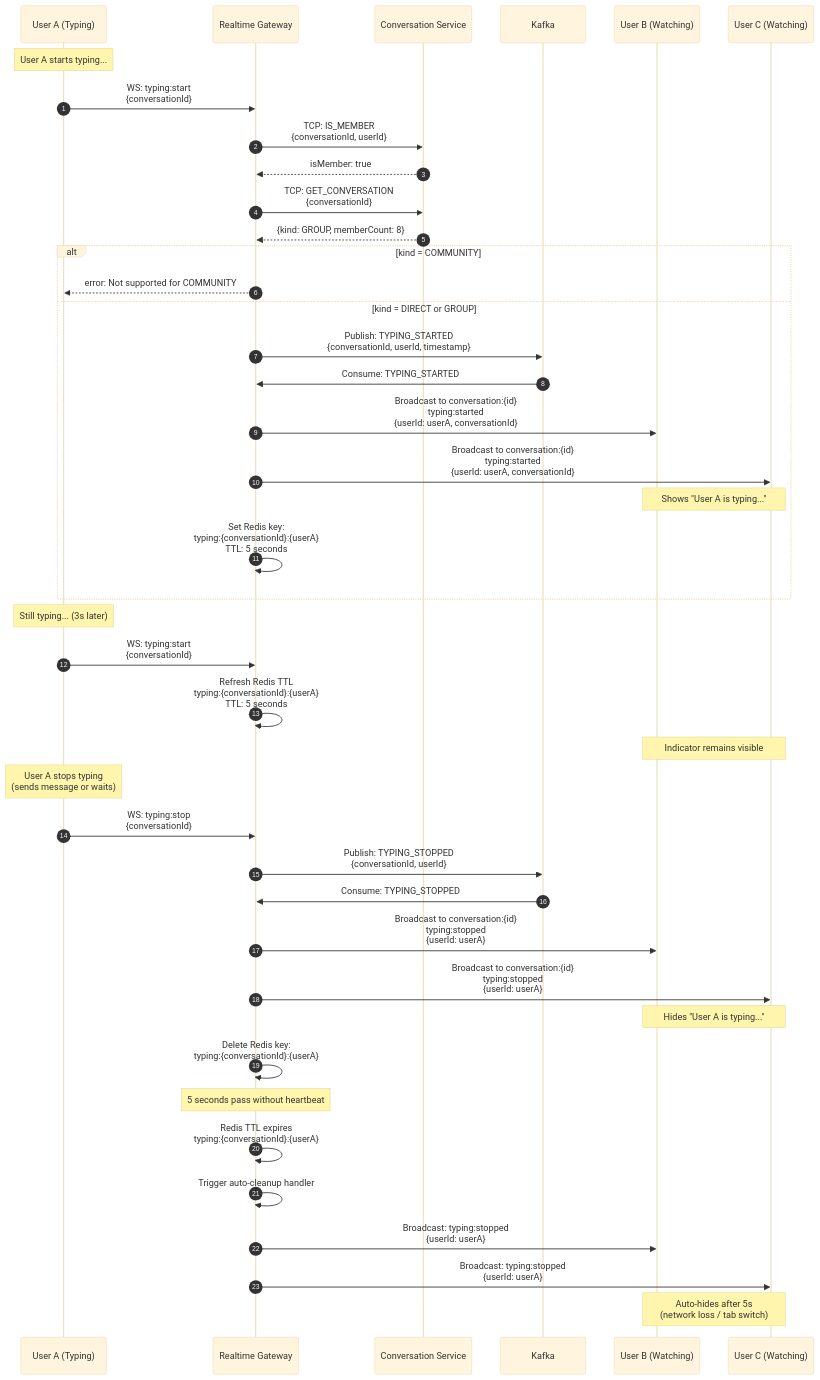
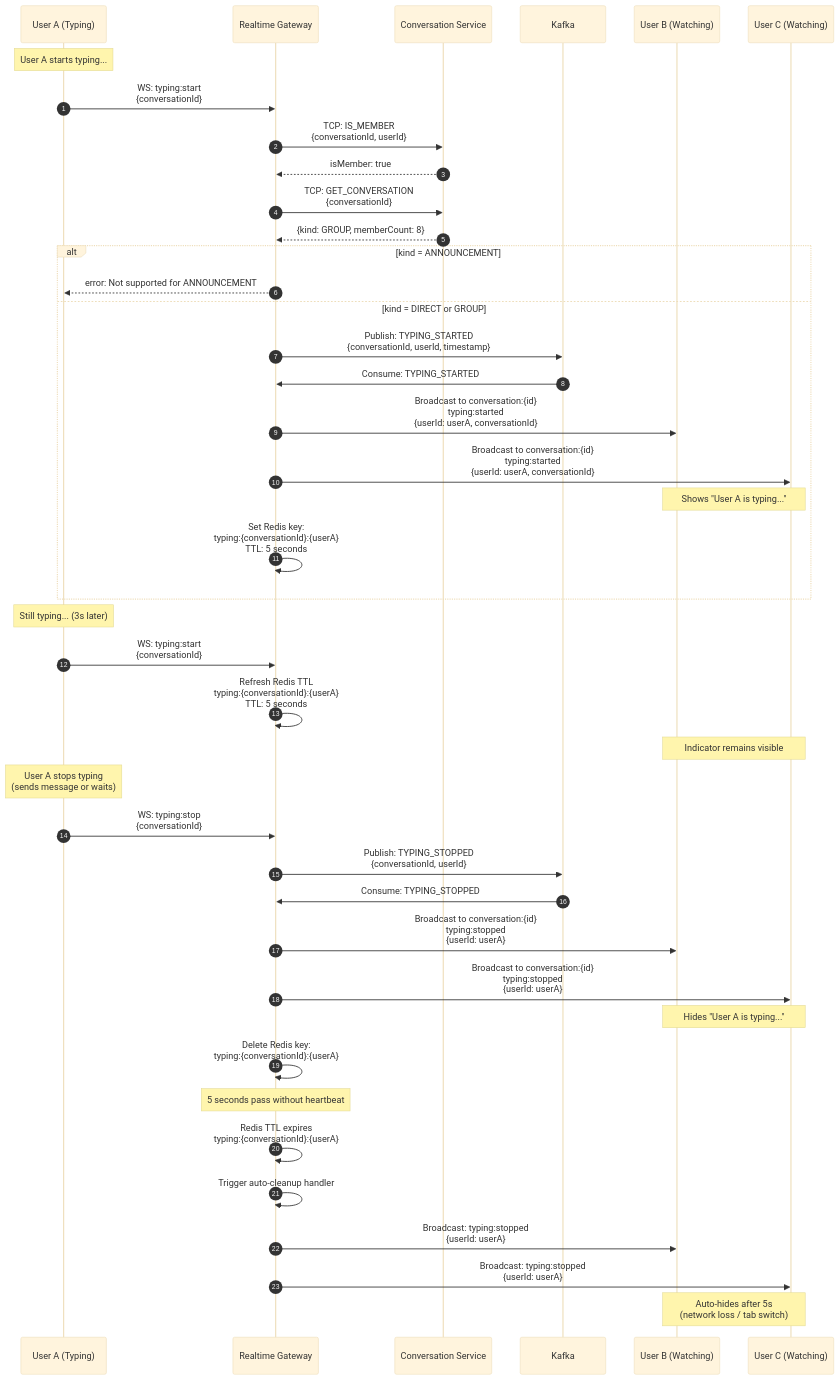
One commit to nguyenhung204/Zolo changed the third of 17 diagrams in docs_backend/diagrams/message-flows.md. Above: the diagram before and after it, drawn with Mermaid (base theme). The commit also changed other lines of this file and 35 other files, not shown here.

````diff
--- a/docs_backend/diagrams/message-flows.md
+++ b/docs_backend/diagrams/message-flows.md
@@ -267,69 +267,69 @@
 ```mermaid
 sequenceDiagram
     autonumber
     participant UserA as User A (Typing)
     participant RealtimeGW as Realtime Gateway
     participant ConvSvc as Conversation Service
     participant Kafka
     participant UserB as User B (Watching)
     participant UserC as User C (Watching)
 
     %% User A starts typing
     Note over UserA: User A starts typing...
     UserA->>RealtimeGW: WS: typing:start<br/>{conversationId}
 
     %% Validate membership
     RealtimeGW->>ConvSvc: TCP: IS_MEMBER<br/>{conversationId, userId}
     ConvSvc-->>RealtimeGW: isMember: true
 
     %% Check conversation kind
     RealtimeGW->>ConvSvc: TCP: GET_CONVERSATION<br/>{conversationId}
     ConvSvc-->>RealtimeGW: {kind: GROUP, memberCount: 8}
 
-    alt kind = COMMUNITY
-        RealtimeGW-->>UserA: error: Not supported for COMMUNITY
+    alt kind = ANNOUNCEMENT
+        RealtimeGW-->>UserA: error: Not supported for ANNOUNCEMENT
     else kind = DIRECT or GROUP
         %% Publish typing event to Kafka
         RealtimeGW->>Kafka: Publish: TYPING_STARTED<br/>{conversationId, userId, timestamp}
 
         %% Kafka delivers to Realtime Gateway
         Kafka->>RealtimeGW: Consume: TYPING_STARTED
 
         %% Broadcast to conversation room (exclude sender)
         RealtimeGW->>UserB: Broadcast to conversation:{id}<br/>typing:started<br/>{userId: userA, conversationId}
         RealtimeGW->>UserC: Broadcast to conversation:{id}<br/>typing:started<br/>{userId: userA, conversationId}
 
         Note over UserB,UserC: Shows "User A is typing..."
 
         %% Set TTL in Redis (auto-cleanup)
         RealtimeGW->>RealtimeGW: Set Redis key:<br/>typing:{conversationId}:{userA}<br/>TTL: 5 seconds
     end
 
     %% User A continues typing (heartbeat)
     Note over UserA: Still typing... (3s later)
     UserA->>RealtimeGW: WS: typing:start<br/>{conversationId}
     RealtimeGW->>RealtimeGW: Refresh Redis TTL<br/>typing:{conversationId}:{userA}<br/>TTL: 5 seconds
     Note over UserB,UserC: Indicator remains visible
 
     %% User A stops typing
     Note over UserA: User A stops typing<br/>(sends message or waits)
     UserA->>RealtimeGW: WS: typing:stop<br/>{conversationId}
 
     RealtimeGW->>Kafka: Publish: TYPING_STOPPED<br/>{conversationId, userId}
     Kafka->>RealtimeGW: Consume: TYPING_STOPPED
 
     RealtimeGW->>UserB: Broadcast to conversation:{id}<br/>typing:stopped<br/>{userId: userA}
     RealtimeGW->>UserC: Broadcast to conversation:{id}<br/>typing:stopped<br/>{userId: userA}
     Note over UserB,UserC: Hides "User A is typing..."
 
     RealtimeGW->>RealtimeGW: Delete Redis key:<br/>typing:{conversationId}:{userA}
 
     %% Auto-cleanup scenario
     Note over RealtimeGW: 5 seconds pass without heartbeat
     RealtimeGW->>RealtimeGW: Redis TTL expires<br/>typing:{conversationId}:{userA}
     RealtimeGW->>RealtimeGW: Trigger auto-cleanup handler
 
     RealtimeGW->>UserB: Broadcast: typing:stopped<br/>{userId: userA}
     RealtimeGW->>UserC: Broadcast: typing:stopped<br/>{userId: userA}
     Note over UserB,UserC: Auto-hides after 5s<br/>(network loss / tab switch)
 ```
````
